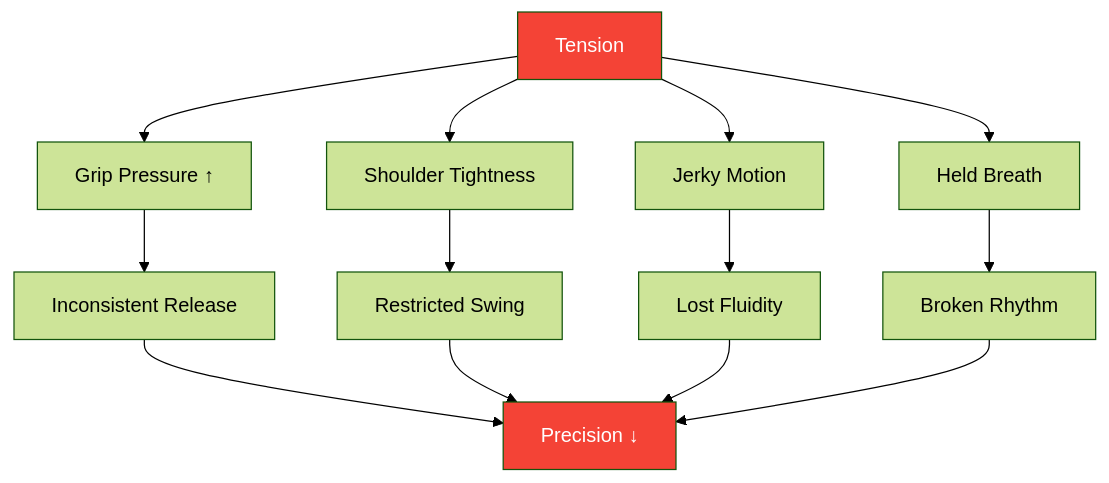
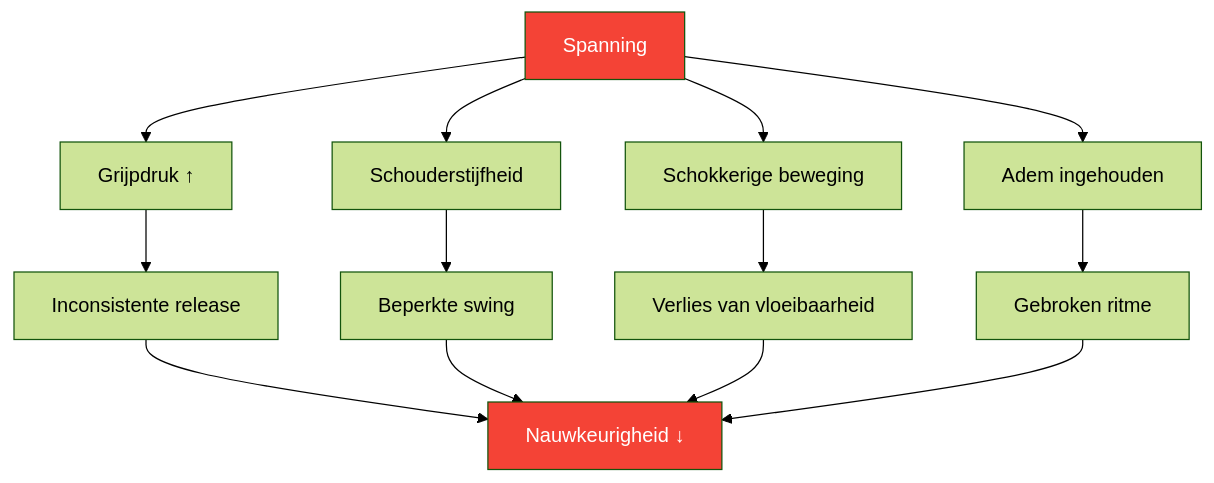
One commit to patwii/petanque-academy changed the first of 2 diagrams in docs/nl/articles/tension-precision.md. Above: the diagram before and after it, drawn with Mermaid (forest theme). The commit also changed other lines of this file and 550 other files, not shown here.

````diff
--- a/docs/nl/articles/tension-precision.md
+++ b/docs/nl/articles/tension-precision.md
@@ -20,20 +20,20 @@
 ```mermaid
 flowchart TD
-    A[Tension] --> B[Grip Pressure ↑]
-    A --> C[Shoulder Tightness]
-    A --> D[Jerky Motion]
-    A --> E[Held Breath]
+    A[Spanning] --> B[Grijpdruk ↑]
+    A --> C[Schouderstijfheid]
+    A --> D[Schokkerige beweging]
+    A --> E[Adem ingehouden]
 
-    B --> F[Inconsistent Release]
-    C --> G[Restricted Swing]
-    D --> H[Lost Fluidity]
-    E --> I[Broken Rhythm]
+    B --> F[Inconsistente release]
+    C --> G[Beperkte swing]
+    D --> H[Verlies van vloeibaarheid]
+    E --> I[Gebroken ritme]
 
-    F --> J[Precision ↓]
+    F --> J[Nauwkeurigheid ↓]
     G --> J
     H --> J
     I --> J
 
     style A fill:#f44336,color:#fff
     style J fill:#f44336,color:#fff
 ```
````
